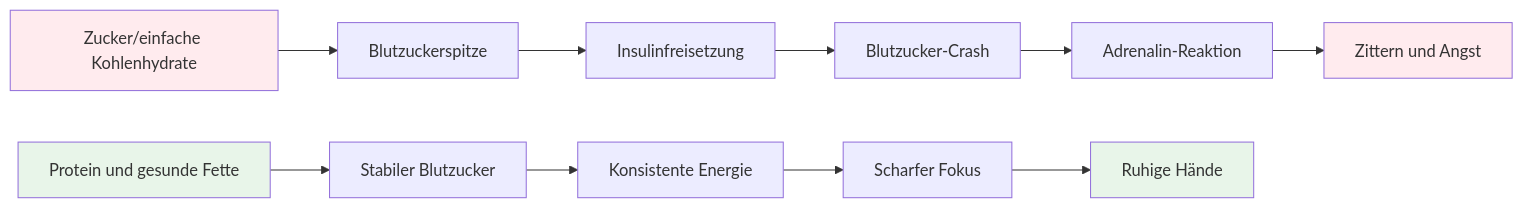
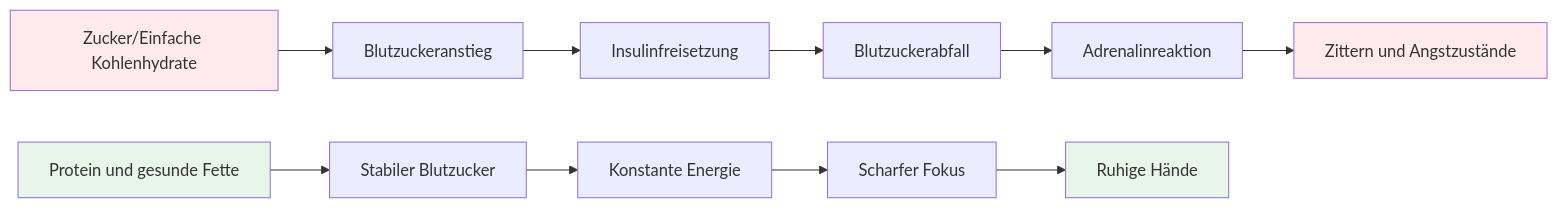
The first of 2 diagrams in docs/de/education/nutrition/index.md (patwii/petanque-academy), drawn with Mermaid before and after one commit. The commit also changed other lines of this file and 32 other files, not shown here.

````diff
--- a/docs/de/education/nutrition/index.md
+++ b/docs/de/education/nutrition/index.md
@@ -9,18 +9,18 @@
 ```mermaid
 graph LR
-    A[Zucker/einfache Kohlenhydrate] --> B[Blutzuckerspitze]
+    A[Zucker/Einfache Kohlenhydrate] --> B[Blutzuckeranstieg]
     B --> C[Insulinfreisetzung]
-    C --> D[Blutzucker-Crash]
-    D --> E[Adrenalin-Reaktion]
-    E --> F[Zittern und Angst]
+    C --> D[Blutzuckerabfall]
+    D --> E[Adrenalinreaktion]
+    E --> F[Zittern und Angstzustände]
 
     G[Protein und gesunde Fette] --> H[Stabiler Blutzucker]
-    H --> I[Konsistente Energie]
+    H --> I[Konstante Energie]
     I --> J[Scharfer Fokus]
     J --> K[Ruhige Hände]
 
     style A fill:#ffebee
     style F fill:#ffebee
     style G fill:#e8f5e9
     style K fill:#e8f5e9
 ```
````
